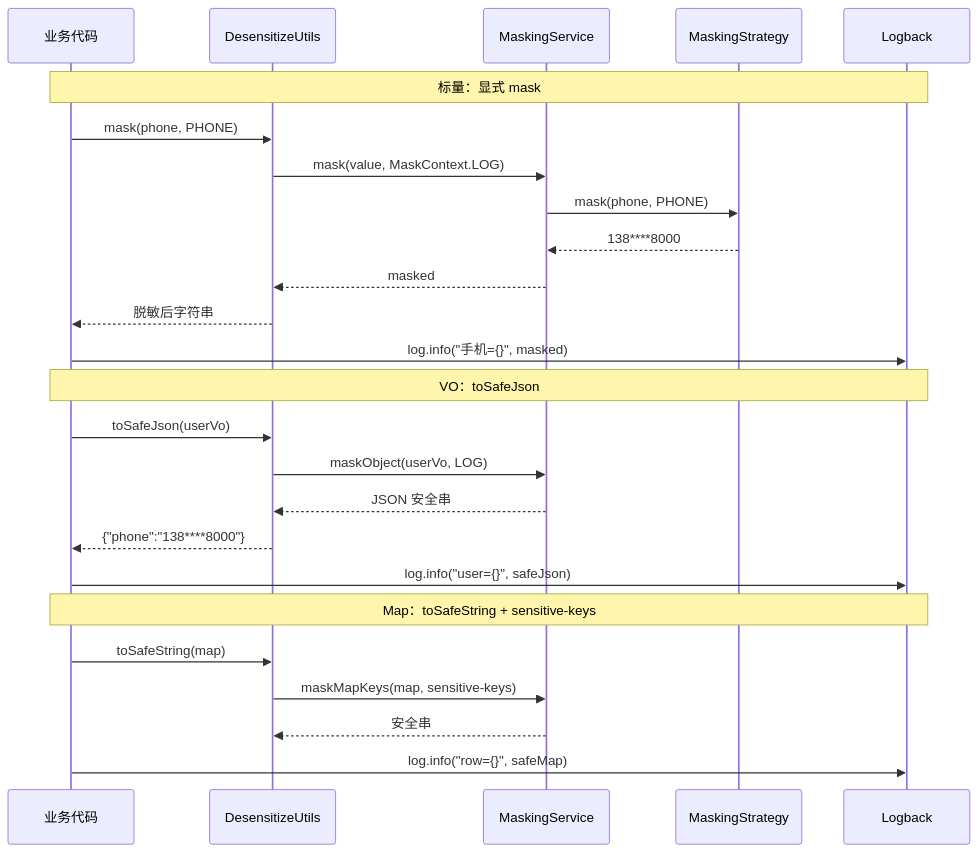
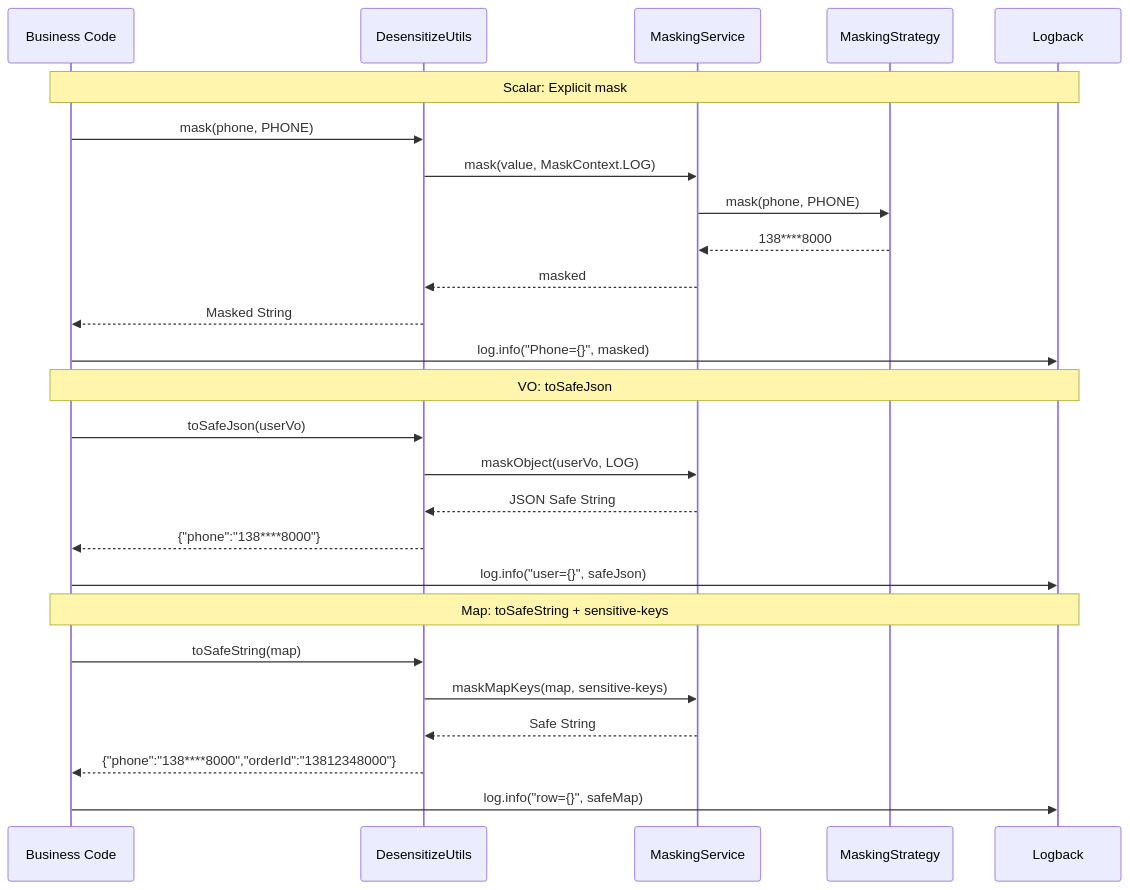
Before and after one commit to richie696/atlas-richie-platform: the seventh of 9 diagrams in atlas-richie-component/atlas-richie-component-desensitize/README.md, drawn with Mermaid. The commit also changed other lines of this file and 69 other files, not shown here.

````diff
--- a/atlas-richie-component/atlas-richie-component-desensitize/README.md
+++ b/atlas-richie-component/atlas-richie-component-desensitize/README.md
@@ -371,30 +424,31 @@
 ```mermaid
 sequenceDiagram
-    participant DEV as 业务代码
+    participant DEV as Business Code
     participant U as DesensitizeUtils
     participant MS as MaskingService
     participant ST as MaskingStrategy
     participant LB as Logback
 
-    Note over DEV,LB: 标量：显式 mask
+    Note over DEV,LB: Scalar: Explicit mask
     DEV->>U: mask(phone, PHONE)
     U->>MS: mask(value, MaskContext.LOG)
     MS->>ST: mask(phone, PHONE)
     ST-->>MS: 138****8000
     MS-->>U: masked
-    U-->>DEV: 脱敏后字符串
-    DEV->>LB: log.info("手机={}", masked)
+    U-->>DEV: Masked String
+    DEV->>LB: log.info("Phone={}", masked)
 
-    Note over DEV,LB: VO：toSafeJson
+    Note over DEV,LB: VO: toSafeJson
     DEV->>U: toSafeJson(userVo)
     U->>MS: maskObject(userVo, LOG)
-    MS-->>U: JSON 安全串
+    MS-->>U: JSON Safe String
     U-->>DEV: {"phone":"138****8000"}
     DEV->>LB: log.info("user={}", safeJson)
 
-    Note over DEV,LB: Map：toSafeString + sensitive-keys
+    Note over DEV,LB: Map: toSafeString + sensitive-keys
     DEV->>U: toSafeString(map)
     U->>MS: maskMapKeys(map, sensitive-keys)
-    MS-->>U: 安全串
+    MS-->>U: Safe String
+    U-->>DEV: {"phone":"138****8000","orderId":"13812348000"}
     DEV->>LB: log.info("row={}", safeMap)
 ```
````
